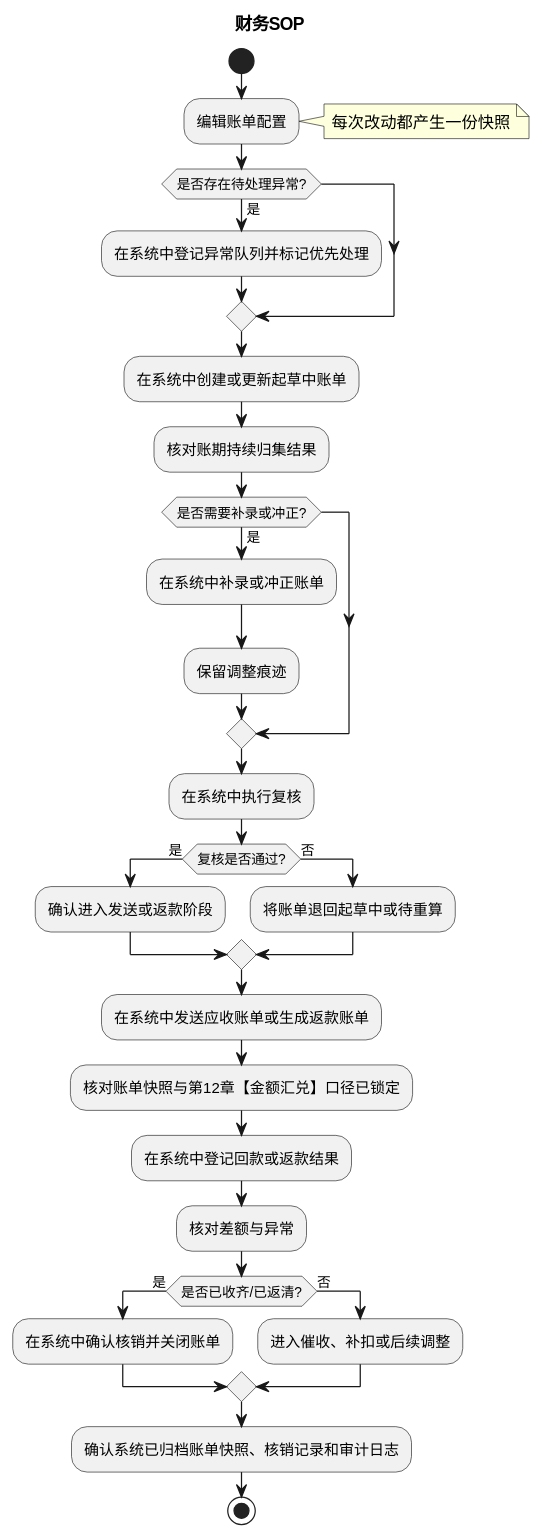
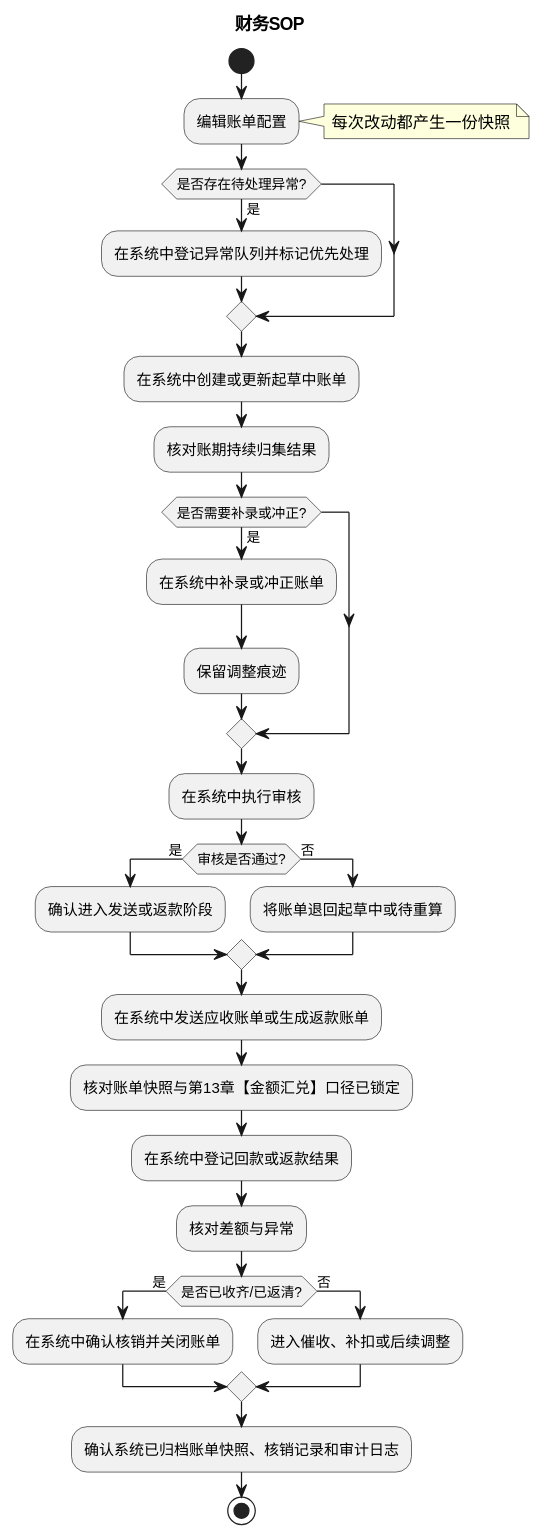
One commit to jack888332/projects-doc changed the first of 12 diagrams in product-caliber/bms/prd/财务系统.PRD.md. Above: the diagram before and after it, drawn with PlantUML. The commit also changed other lines of this file and 16 other files, not shown here.

````diff
--- a/product-caliber/bms/prd/财务系统.PRD.md
+++ b/product-caliber/bms/prd/财务系统.PRD.md
@@ -178,38 +178,38 @@
 ```plantuml
 @startuml
 title 财务SOP
 skinparam DefaultTextAlignment center
 |财务|
 start
 :编辑账单配置;
 note right
 每次改动都产生一份快照
 end note
 if (是否存在待处理异常?) then (是)
   :在系统中登记异常队列并标记优先处理;
 endif
 :在系统中创建或更新起草中账单;
 :核对账期持续归集结果;
 if (是否需要补录或冲正?) then (是)
   :在系统中补录或冲正账单;
   :保留调整痕迹;
 endif
-:在系统中执行复核;
-if (复核是否通过?) then (是)
+:在系统中执行审核;
+if (审核是否通过?) then (是)
   :确认进入发送或返款阶段;
 else (否)
   :将账单退回起草中或待重算;
 endif
 :在系统中发送应收账单或生成返款账单;
-:核对账单快照与第12章【金额汇兑】口径已锁定;
+:核对账单快照与第13章【金额汇兑】口径已锁定;
 :在系统中登记回款或返款结果;
 :核对差额与异常;
 if (是否已收齐/已返清?) then (是)
   :在系统中确认核销并关闭账单;
 else (否)
   :进入催收、补扣或后续调整;
 endif
 :确认系统已归档账单快照、核销记录和审计日志;
 stop
 @enduml
 ```
````
